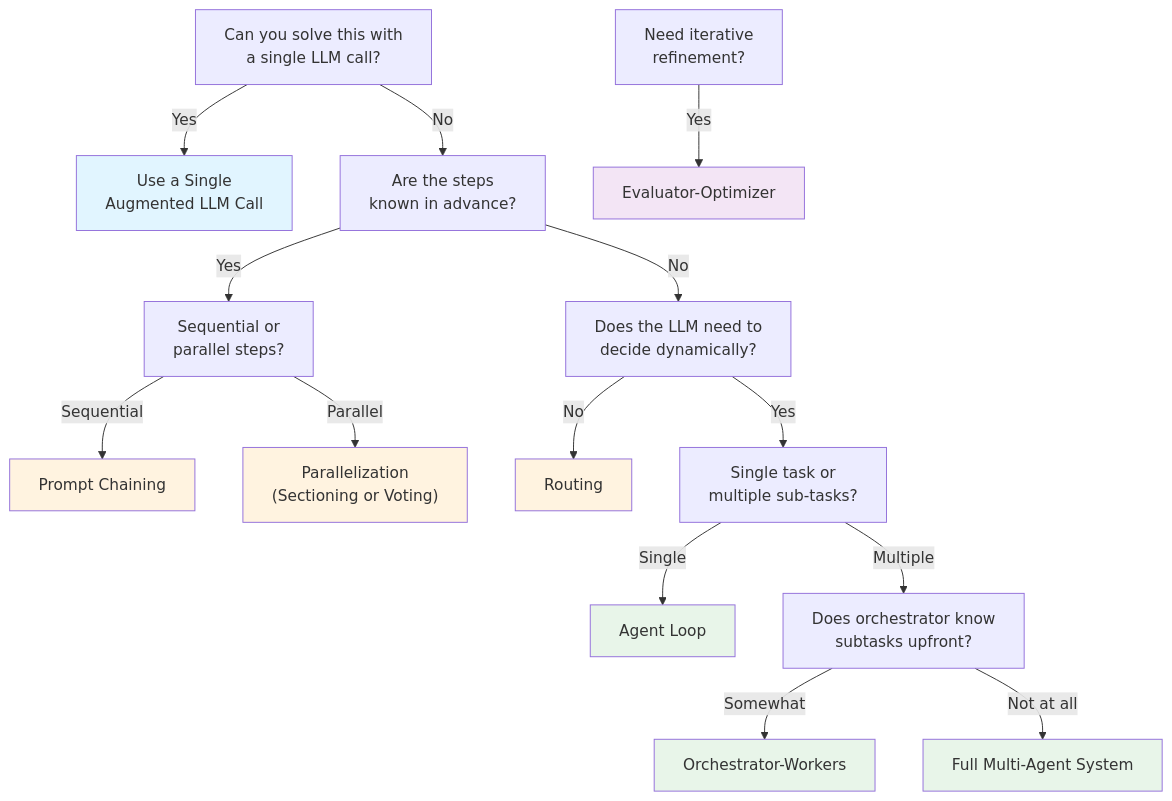
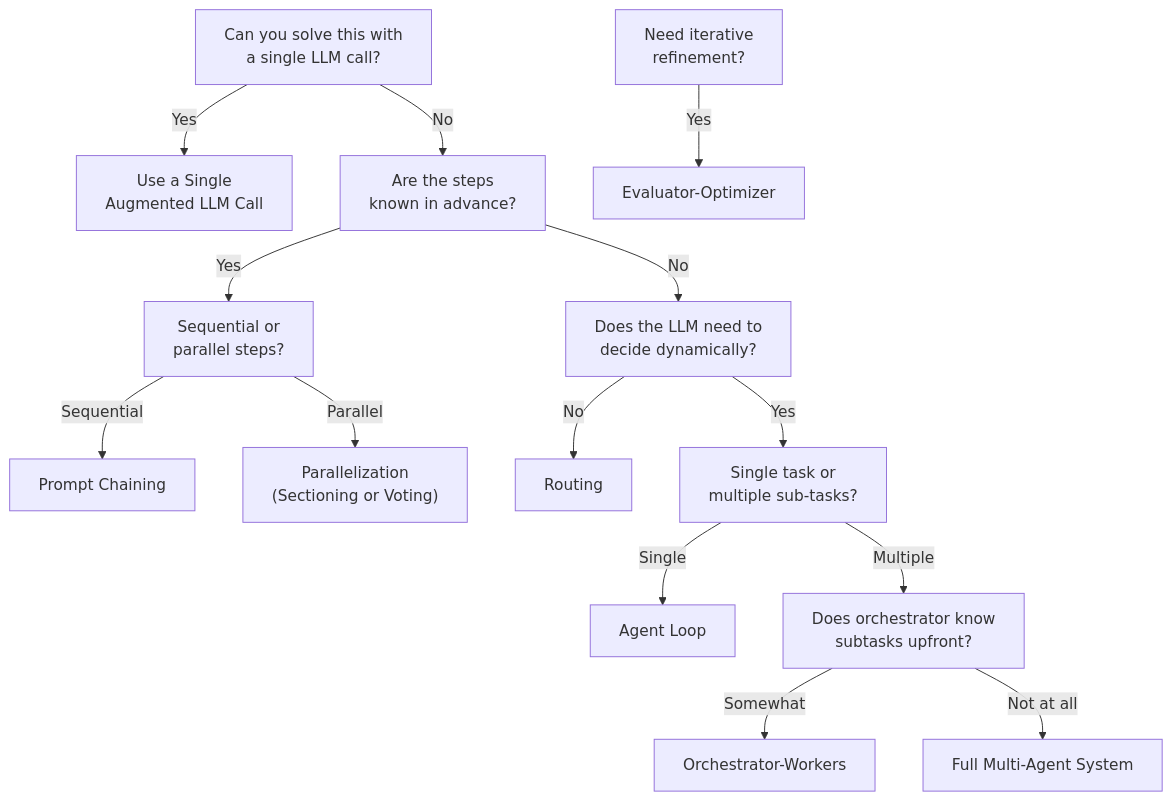
One commit to machinedge/building-effective-agents changed diagram 21 of 21 in building-effective-agents.md. Above: the diagram before and after it, drawn with Mermaid. The commit also changed other lines of this file, not shown here.

Commit message:
removed fill colors in mermaid diagrams

````diff
--- a/building-effective-agents.md
+++ b/building-effective-agents.md
@@ -1593,26 +1540,17 @@
 ```mermaid
 graph TD
     Start["Can you solve this with<br/>a single LLM call?"] -->|Yes| Single["Use a Single<br/>Augmented LLM Call"]
     Start -->|No| Known["Are the steps<br/>known in advance?"]
     Known -->|Yes| SeqPar["Sequential or<br/>parallel steps?"]
     Known -->|No| Dynamic["Does the LLM need to<br/>decide dynamically?"]
     SeqPar -->|Sequential| Chain["Prompt Chaining"]
     SeqPar -->|Parallel| Parallel["Parallelization<br/>(Sectioning or Voting)"]
     Dynamic -->|No| Route["Routing"]
     Dynamic -->|Yes| Scope["Single task or<br/>multiple sub-tasks?"]
     Scope -->|Single| Agent["Agent Loop"]
     Scope -->|Multiple| SubKnown["Does orchestrator know<br/>subtasks upfront?"]
     SubKnown -->|Somewhat| OW["Orchestrator-Workers"]
     SubKnown -->|Not at all| Multi["Full Multi-Agent System"]
 
     Refine["Need iterative<br/>refinement?"] -->|Yes| EvalOpt["Evaluator-Optimizer"]
-
-    style Single fill:#e1f5ff
-    style Chain fill:#fff3e0
-    style Parallel fill:#fff3e0
-    style Route fill:#fff3e0
-    style Agent fill:#e8f5e9
-    style OW fill:#e8f5e9
-    style Multi fill:#e8f5e9
-    style EvalOpt fill:#f3e5f5
 ```
````
